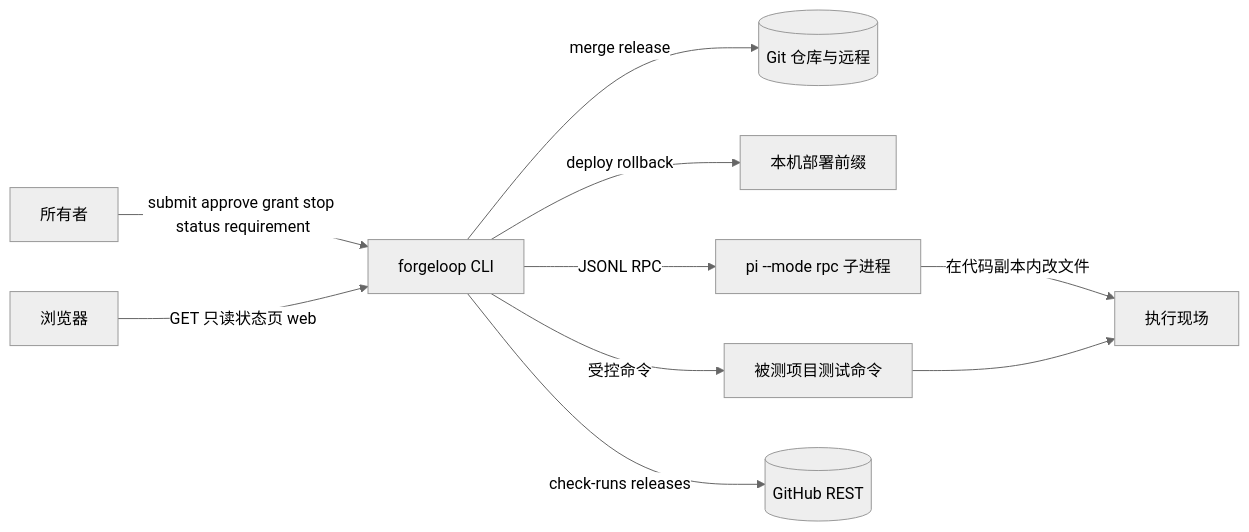
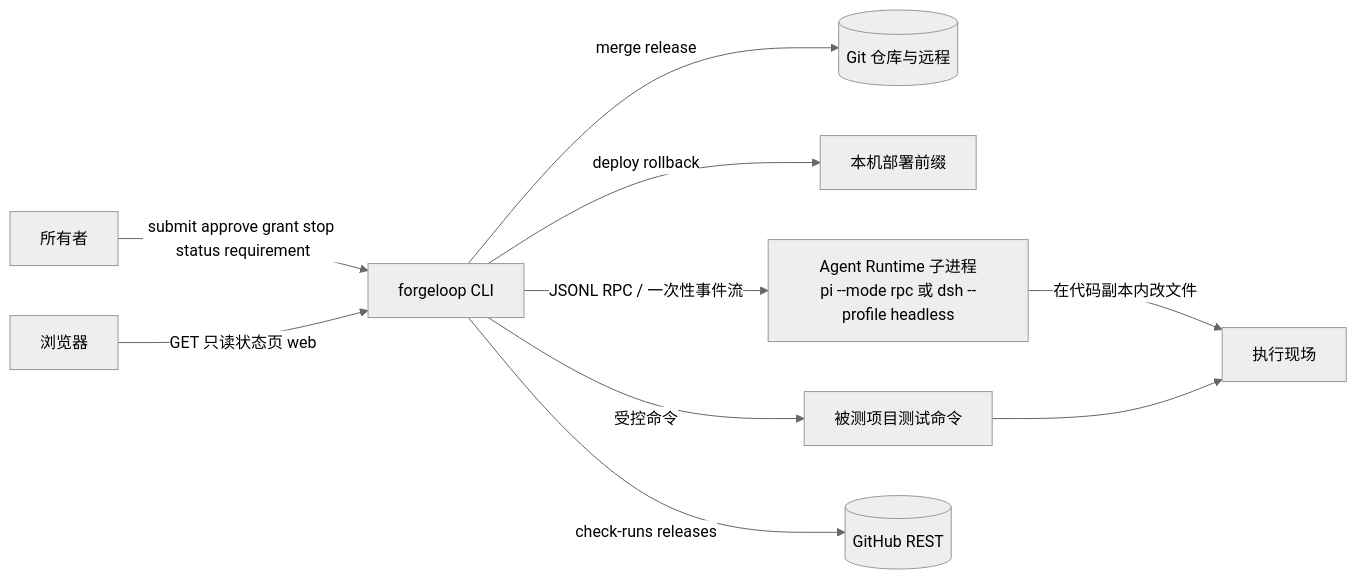
The first of 9 diagrams in docs/architecture.md (Lijiajin95/ForgeLoop), drawn with Mermaid (neutral theme) before and after one commit. The commit also changed other lines of this file and 40 other files, not shown here.

First line of the commit message:
feat(runtime): 接入 DSH 并支持 Agent Runtime 热切换

````diff
--- a/docs/architecture.md
+++ b/docs/architecture.md
@@ -20,12 +20,12 @@
 ```mermaid
 flowchart LR
   Owner[所有者] -->|submit approve grant stop status requirement| CLI[forgeloop CLI]
   Browser[浏览器] -->|GET 只读状态页 web| CLI
   CLI -->|merge release| Git[(Git 仓库与远程)]
   CLI -->|deploy rollback| Prefix[本机部署前缀]
-  CLI -->|JSONL RPC| PI[pi --mode rpc 子进程]
+  CLI -->|JSONL RPC / 一次性事件流| AR[Agent Runtime 子进程<br/>pi --mode rpc 或 dsh --profile headless]
   CLI -->|受控命令| Project[被测项目测试命令]
   CLI -->|check-runs releases| GitHub[(GitHub REST)]
-  PI -->|在代码副本内改文件| WS[执行现场]
+  AR -->|在代码副本内改文件| WS[执行现场]
   Project --> WS
 ```
````
